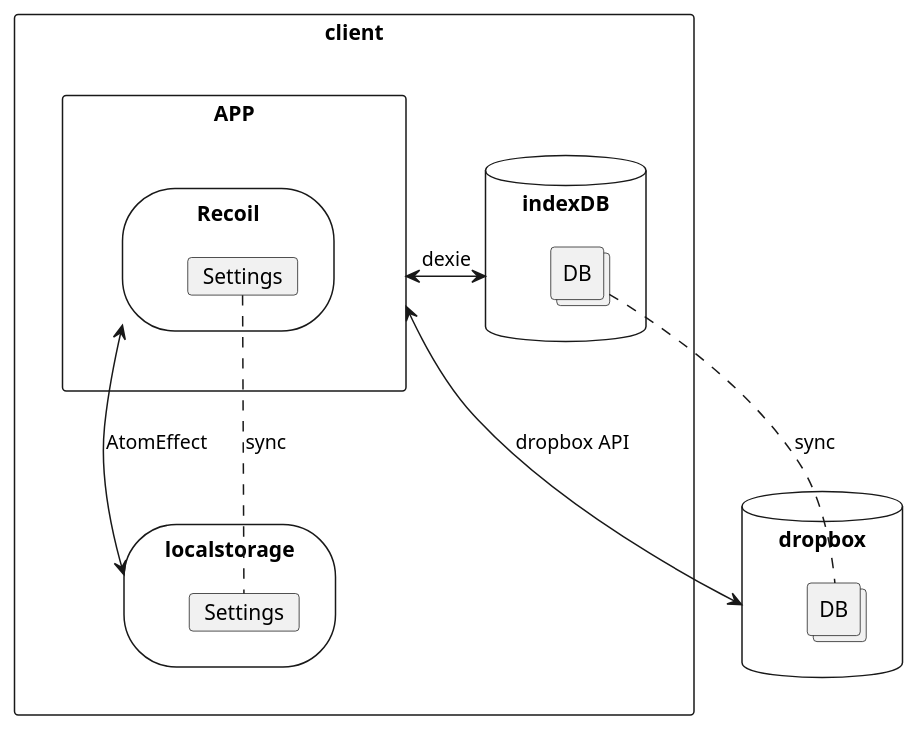
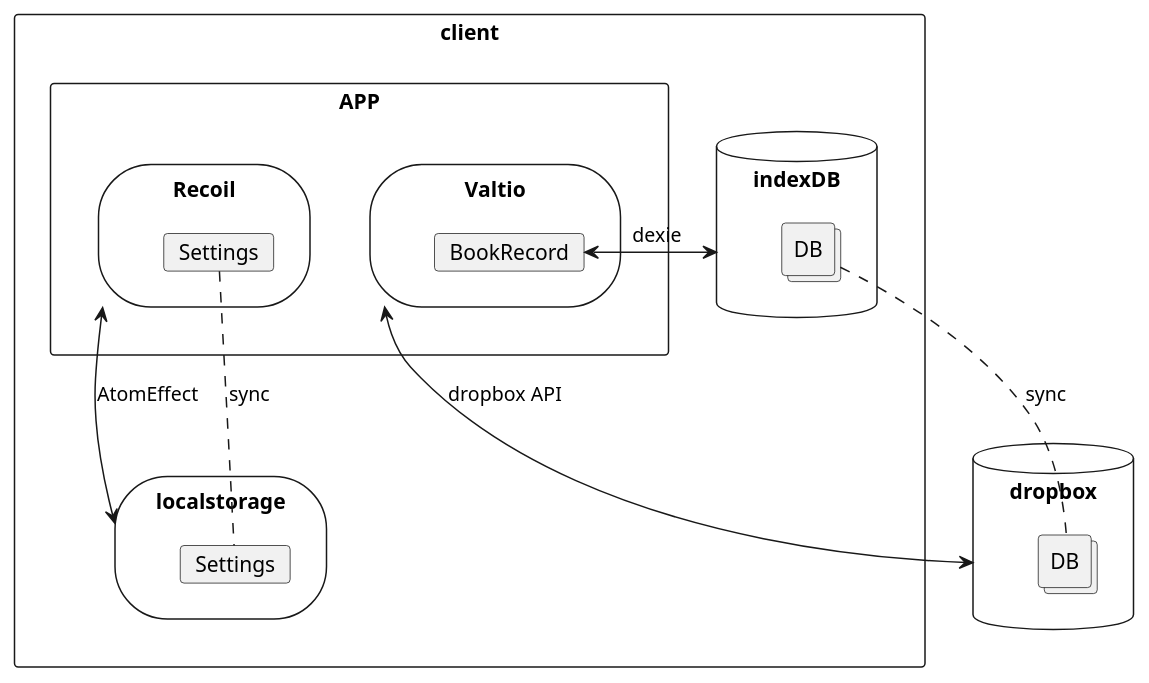
The diagram in deep-dive/data/sync.puml (Bookiwi-hub/flow), drawn with PlantUML before and after one commit. The commit also changed 1 other file, not shown here.

Commit message:
데이터 관리 흐름 valtio 추가

```diff
--- a/deep-dive/data/sync.puml
+++ b/deep-dive/data/sync.puml
@@ -1,36 +1,39 @@
 @startuml
 
 
 rectangle client as "client"{
 
     database indexDB as "indexDB"{
         collections DB as "DB"
     }
 
 
     rectangle APP as "APP"{
+        storage Valtio as "Valtio"{
+            card BookRecord as "BookRecord"
+        }
+        
         storage Recoil as "Recoil"{
             card RecoilSettings as "Settings"
         }
-        
     }
 
     storage localStorage as "localstorage"{
         card localStorageSettings as "Settings"
     }
 
 }
 
 database dropbox as "dropbox"{
     collections dropboxDB as "DB"
 
 }
 
 Recoil <--> localStorage :AtomEffect
 
 RecoilSettings-[dashed]-localStorageSettings:sync
 
-APP<->indexDB:dexie
-APP<->dropbox:dropbox API
+BookRecord<->indexDB:dexie
+Valtio<->dropbox:dropbox API
 DB-[dashed]-dropboxDB:sync
 @enduml
```
